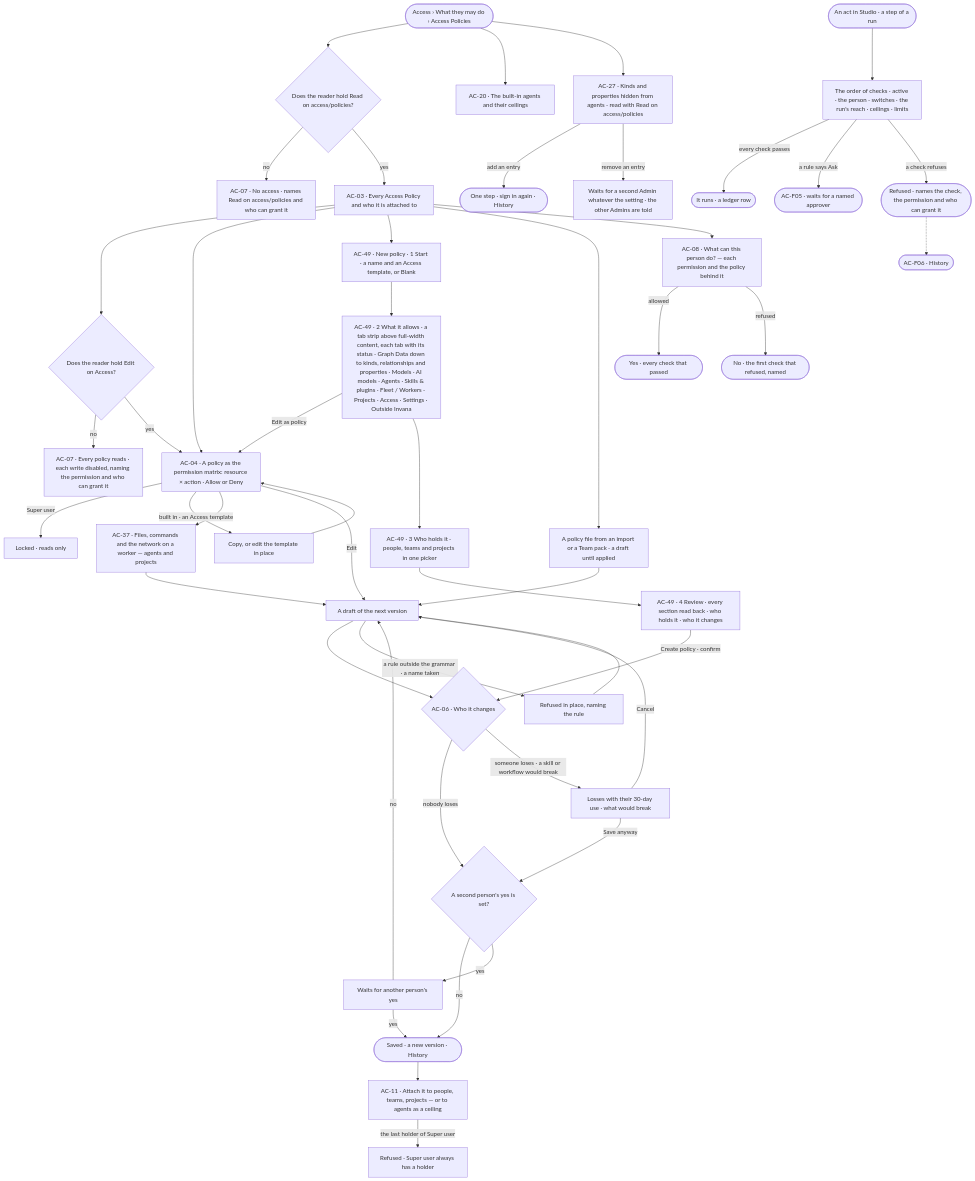
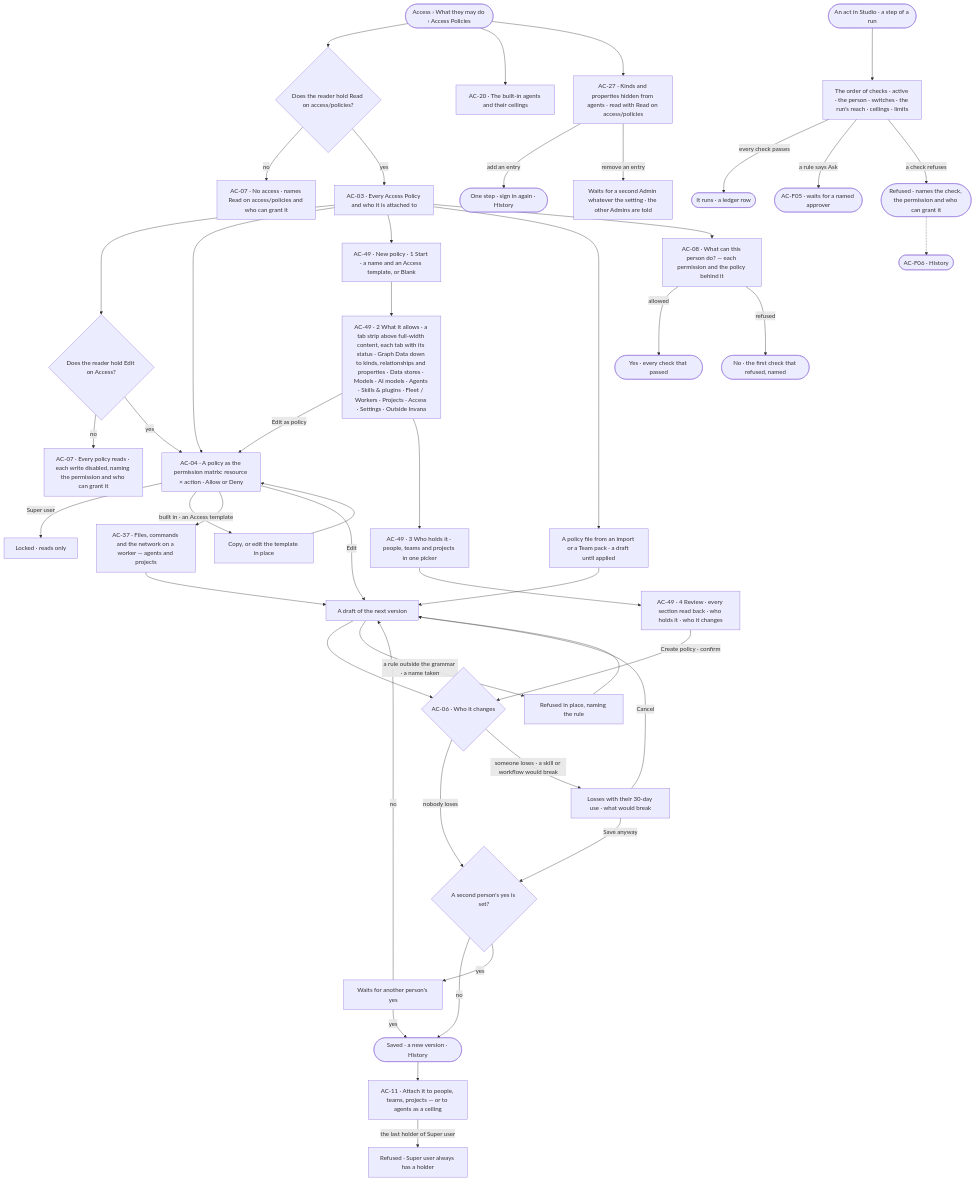
Before and after one commit to invana/invana: the first of 2 diagrams in specs/os/access/features/AC-F02-access-policies/feature.md, drawn with Mermaid. The commit also changed other lines of this file and 12 other files, not shown here.

````diff
--- a/specs/os/access/features/AC-F02-access-policies/feature.md
+++ b/specs/os/access/features/AC-F02-access-policies/feature.md
@@ -29,48 +30,48 @@
 ```mermaid
 flowchart TD
   start([Access › What they may do › Access Policies]) --> gate{"Does the reader hold Read on access/policies?"}
   gate -->|no| na["AC-07 · No access · names Read on access/policies and who can grant it"]
   gate -->|yes| list["AC-03 · Every Access Policy and who it is attached to"]
   list --> who{"Does the reader hold Edit on Access?"}
   who -->|no| ro["AC-07 · Every policy reads · each write disabled, naming the permission and who can grant it"]
   who -->|yes| open["AC-04 · A policy as the permission matrix: resource × action · Allow or Deny"]
   list --> open
   open -->|Super user| lock["Locked · reads only"]
   open -->|built in · an Access template| copy["Copy, or edit the template in place"] --> open
   list --> np["AC-49 · New policy · 1 Start · a name and an Access template, or Blank"]
-  np --> form["AC-49 · 2 What it allows · a tab strip above full-width content, each tab with its status · Graph Data down to kinds, relationships and properties · Models · AI models · Agents · Skills & plugins · Fleet / Workers · Projects · Access · Settings · Outside Invana"]
+  np --> form["AC-49 · 2 What it allows · a tab strip above full-width content, each tab with its status · Graph Data down to kinds, relationships and properties · Data stores · Models · AI models · Agents · Skills & plugins · Fleet / Workers · Projects · Access · Settings · Outside Invana"]
   form -->|Edit as policy| open
   form --> hold["AC-49 · 3 Who holds it · people, teams and projects in one picker"]
   hold --> rv["AC-49 · 4 Review · every section read back · who holds it · who it changes"]
   rv -->|Create policy · confirm| imp
   open --> wk["AC-37 · Files, commands and the network on a worker — agents and projects"]
   list --> imp0["A policy file from an import or a Team pack · a draft until applied"]
   open -->|Edit| edit["A draft of the next version"]
   wk --> edit
   imp0 --> edit
   edit --> imp{"AC-06 · Who it changes"}
   imp -->|nobody loses| sv{"A second person's yes is set?"}
   imp -->|someone loses · a skill or workflow would break| warn["Losses with their 30-day use · what would break"]
   warn -->|Save anyway| sv
   warn -->|Cancel| edit
   sv -->|no| save(["Saved · a new version · History"])
   sv -->|yes| two["Waits for another person's yes"]
   two -->|yes| save
   two -->|no| edit
   edit -->|a rule outside the grammar · a name taken| ref["Refused in place, naming the rule"]
   ref --> edit
   save --> att["AC-11 · Attach it to people, teams, projects — or to agents as a ceiling"]
   att -->|the last holder of Super user| lst["Refused · Super user always has a holder"]
   list --> chk["AC-08 · What can this person do? — each permission and the policy behind it"]
   chk -->|allowed| yes(["Yes · every check that passed"])
   chk -->|refused| no(["No · the first check that refused, named"])
   start --> bi["AC-20 · The built-in agents and their ceilings"]
   start --> kept["AC-27 · Kinds and properties hidden from agents · read with Read on access/policies"]
   kept -->|add an entry| kadd(["One step · sign in again · History"])
   kept -->|remove an entry| krm["Waits for a second Admin whatever the setting · the other Admins are told"]
   act([An act in Studio · a step of a run]) --> order["The order of checks · active · the person · switches · the run's reach · ceilings · limits"]
   order -->|every check passes| go(["It runs · a ledger row"])
   order -->|a rule says Ask| askf(["AC-F05 · waits for a named approver"])
   order -->|a check refuses| blk(["Refused · names the check, the permission and who can grant it"])
   blk -.-> hist(["AC-F06 · History"])
 ```
````
